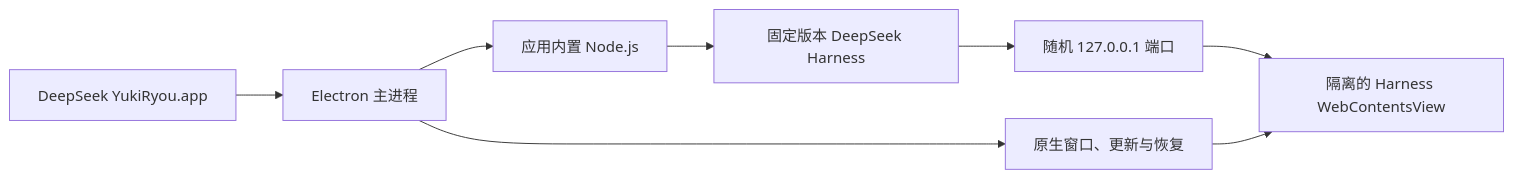
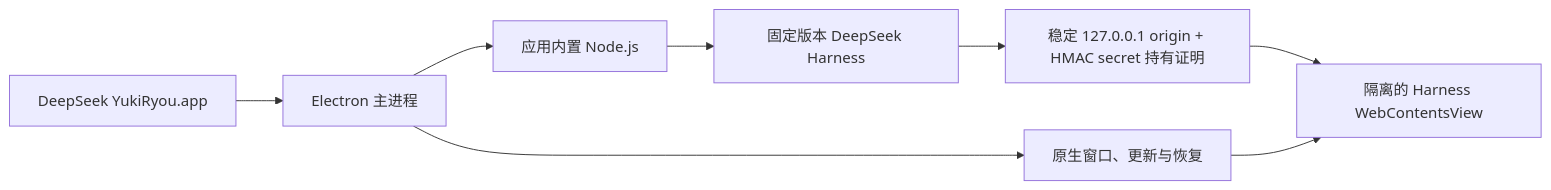
Before and after one commit to yoshino-xiao7/deepseek-harness-desktop-yukiryou: the diagram in README.md, drawn with Mermaid. The commit also changed other lines of this file and 61 other files, not shown here.

````diff
--- a/README.md
+++ b/README.md
@@ -110,10 +110,10 @@
 ```mermaid
 flowchart LR
     A["DeepSeek YukiRyou.app"] --> B["Electron 主进程"]
     B --> C["应用内置 Node.js"]
     C --> D["固定版本 DeepSeek Harness"]
-    D --> E["随机 127.0.0.1 端口"]
+    D --> E["稳定 127.0.0.1 origin + HMAC secret 持有证明"]
     E --> F["隔离的 Harness WebContentsView"]
     B --> G["原生窗口、更新与恢复"]
     G --> F
 ```
````
